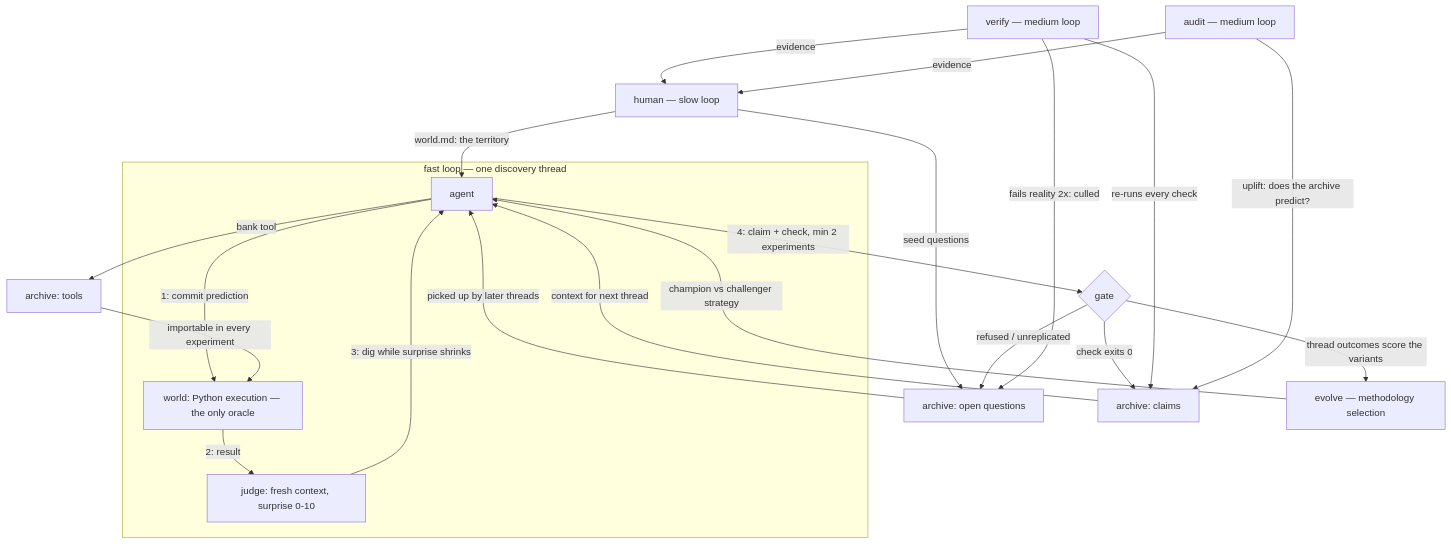
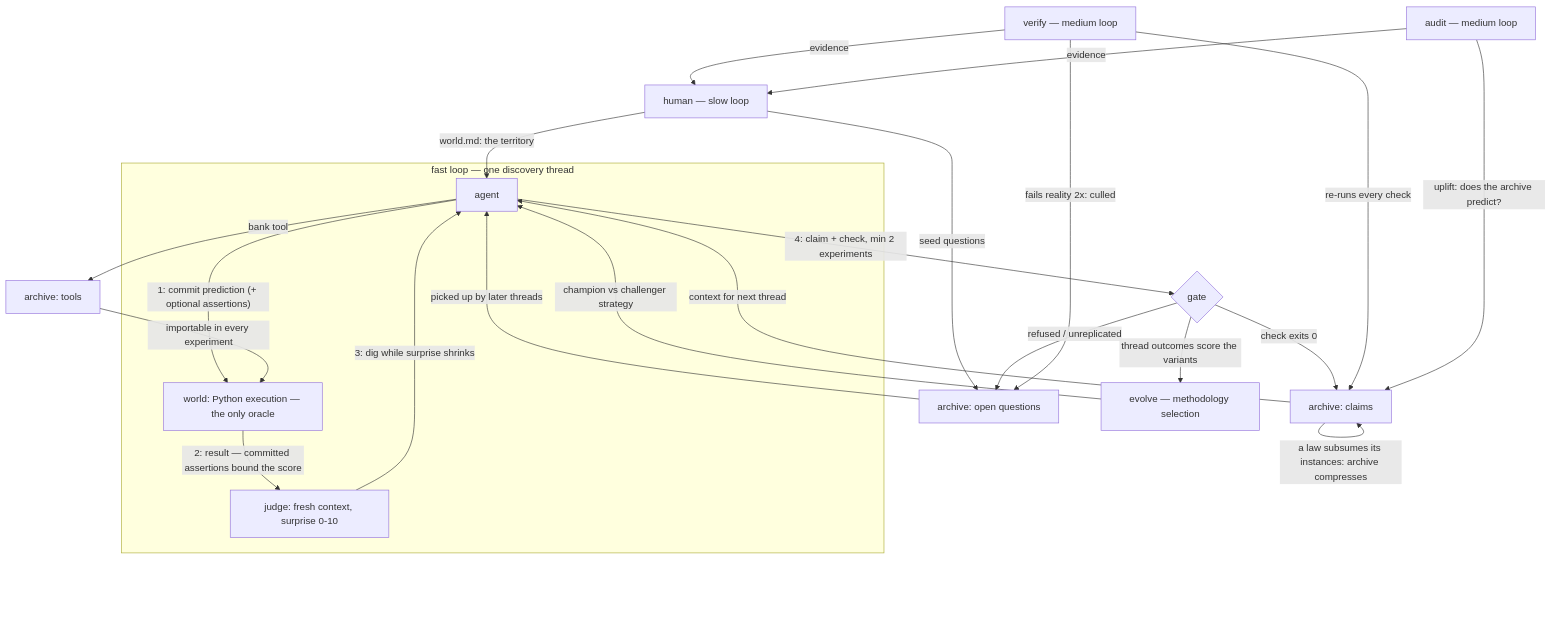
Before and after one commit to tfius/disco: the first of 2 diagrams in README.md, drawn with Mermaid. The commit also changed other lines of this file, not shown here.

First line of the commit message:
README graph: reflect assertions + laws, add the training outer-loop diagram

````diff
--- a/README.md
+++ b/README.md
@@ -101,28 +101,29 @@
 ```mermaid
 flowchart TB
     HU["human — slow loop"] -->|"world.md: the territory"| AG
     HU -->|"seed questions"| OQ
 
     subgraph FAST["fast loop — one discovery thread"]
-        AG["agent"] -->|"1: commit prediction"| WX["world: Python execution — the only oracle"]
-        WX -->|"2: result"| JU["judge: fresh context, surprise 0-10"]
+        AG["agent"] -->|"1: commit prediction (+ optional assertions)"| WX["world: Python execution — the only oracle"]
+        WX -->|"2: result — committed assertions bound the score"| JU["judge: fresh context, surprise 0-10"]
         JU -->|"3: dig while surprise shrinks"| AG
     end
 
     AG -->|"4: claim + check, min 2 experiments"| GA{"gate"}
     GA -->|"check exits 0"| CL["archive: claims"]
+    CL -->|"a law subsumes its instances: archive compresses"| CL
     GA -->|"refused / unreplicated"| OQ["archive: open questions"]
     AG -->|"bank tool"| TO["archive: tools"]
     TO -->|"importable in every experiment"| WX
     CL -->|"context for next thread"| AG
     OQ -->|"picked up by later threads"| AG
 
     VF["verify — medium loop"] -->|"re-runs every check"| CL
     VF -->|"fails reality 2x: culled"| OQ
     AU["audit — medium loop"] -->|"uplift: does the archive predict?"| CL
     VF -->|"evidence"| HU
     AU -->|"evidence"| HU
 
     EV["evolve — methodology selection"] -->|"champion vs challenger strategy"| AG
     GA -->|"thread outcomes score the variants"| EV
 ```
````
